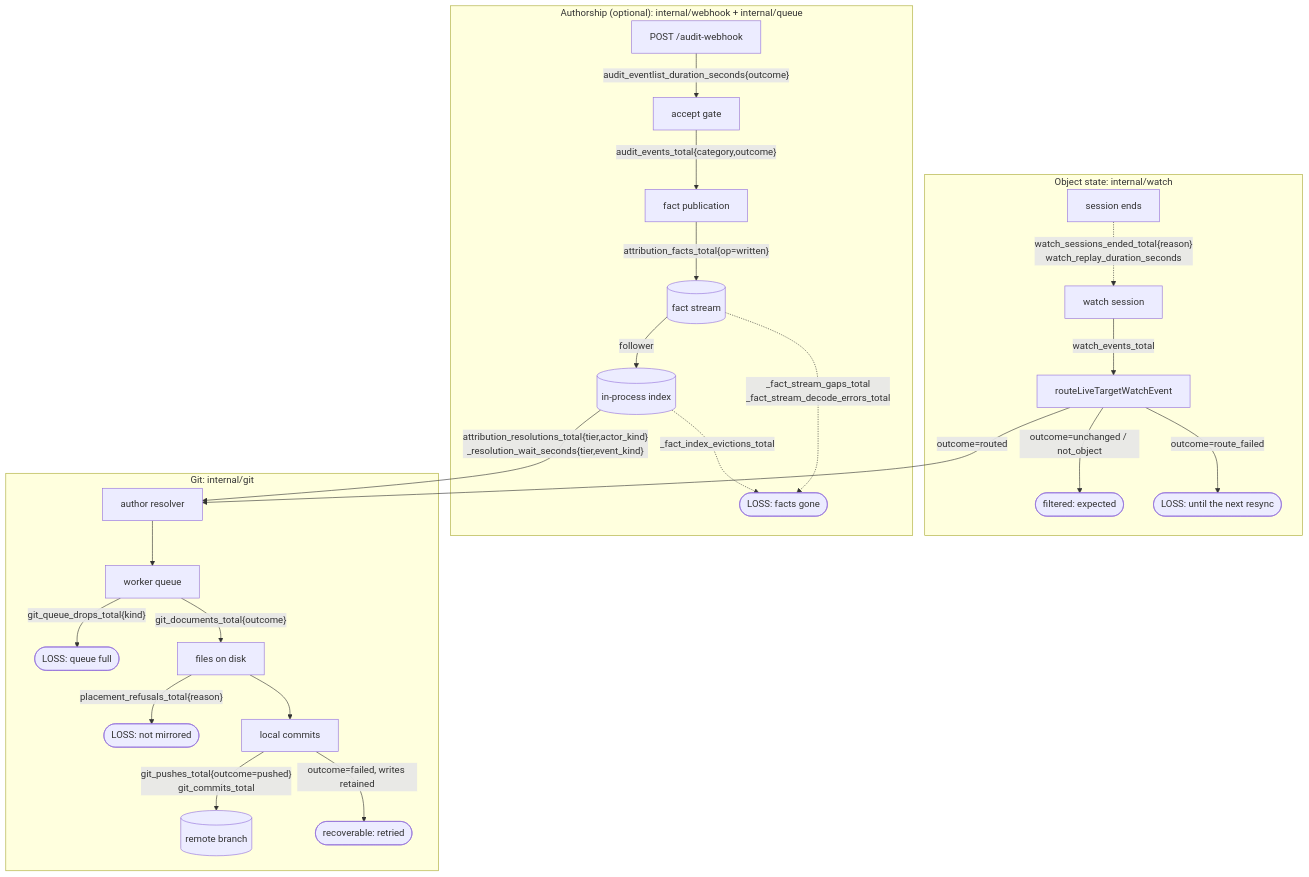
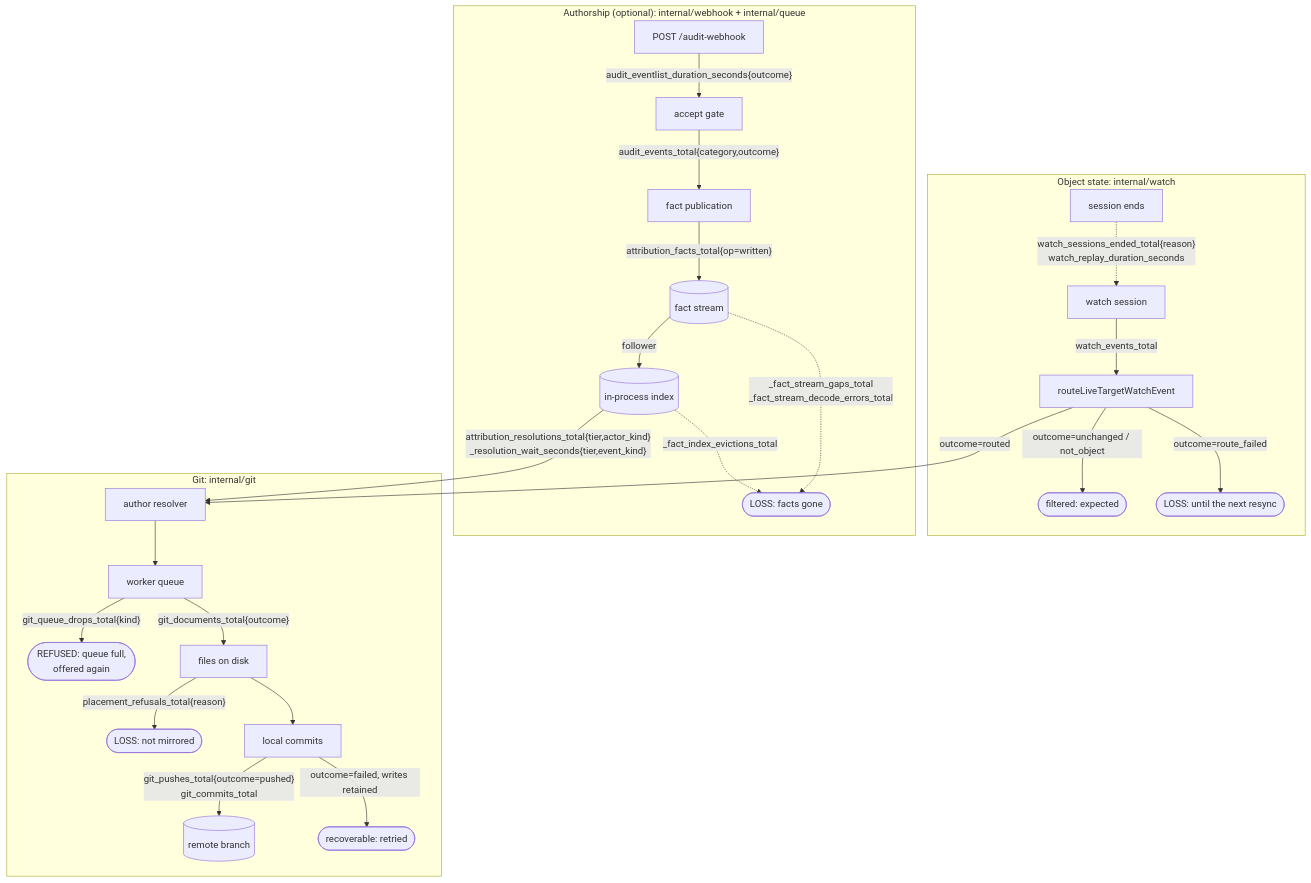
The diagram in docs/design/metrics-observability-plan.md (ConfigButler/gitops-reverser), drawn with Mermaid before and after one commit. The commit also changed other lines of this file and 19 other files, not shown here.

First line of the commit message:
refactor(git): name what a refused enqueue is, and two loop names for what they do

````diff
--- a/docs/design/metrics-observability-plan.md
+++ b/docs/design/metrics-observability-plan.md
@@ -261,28 +261,28 @@
 ```mermaid
 flowchart TB
     subgraph WATCHPATH["Object state: internal/watch"]
         W["watch session"] -->|"watch_events_total"| R["routeLiveTargetWatchEvent"]
         WS["session ends"] -.->|"watch_sessions_ended_total{reason}<br/>watch_replay_duration_seconds"| W
         R -->|"outcome=unchanged / not_object"| DROPF(["filtered: expected"])
         R -->|"outcome=route_failed"| DROPR(["LOSS: until the next resync"])
     end
     subgraph AUDITPATH["Authorship (optional): internal/webhook + internal/queue"]
         A["POST /audit-webhook"] -->|"audit_eventlist_duration_seconds{outcome}"| AG["accept gate"]
         AG -->|"audit_events_total{category,outcome}"| AF["fact publication"]
         AF -->|"attribution_facts_total{op=written}"| AS[("fact stream")]
         AS -->|"follower"| AI[("in-process index")]
         AS -.->|"_fact_stream_gaps_total<br/>_fact_stream_decode_errors_total"| ALOSS(["LOSS: facts gone"])
         AI -.->|"_fact_index_evictions_total"| ALOSS
     end
     R -->|"outcome=routed"| RES["author resolver"]
     AI -->|"attribution_resolutions_total{tier,actor_kind}<br/>_resolution_wait_seconds{tier,event_kind}"| RES
     subgraph GITPATH["Git: internal/git"]
         RES --> Q["worker queue"]
-        Q -->|"git_queue_drops_total{kind}"| DROPQ(["LOSS: queue full"])
+        Q -->|"git_queue_drops_total{kind}"| DROPQ(["REFUSED: queue full,<br/>offered again"])
         Q -->|"git_documents_total{outcome}"| F["files on disk"]
         F -->|"placement_refusals_total{reason}"| DROPP(["LOSS: not mirrored"])
         F --> C["local commits"]
         C -->|"git_pushes_total{outcome=pushed}<br/>git_commits_total"| G[("remote branch")]
         C -->|"outcome=failed, writes retained"| RETRY(["recoverable: retried"])
     end
 ```
````
